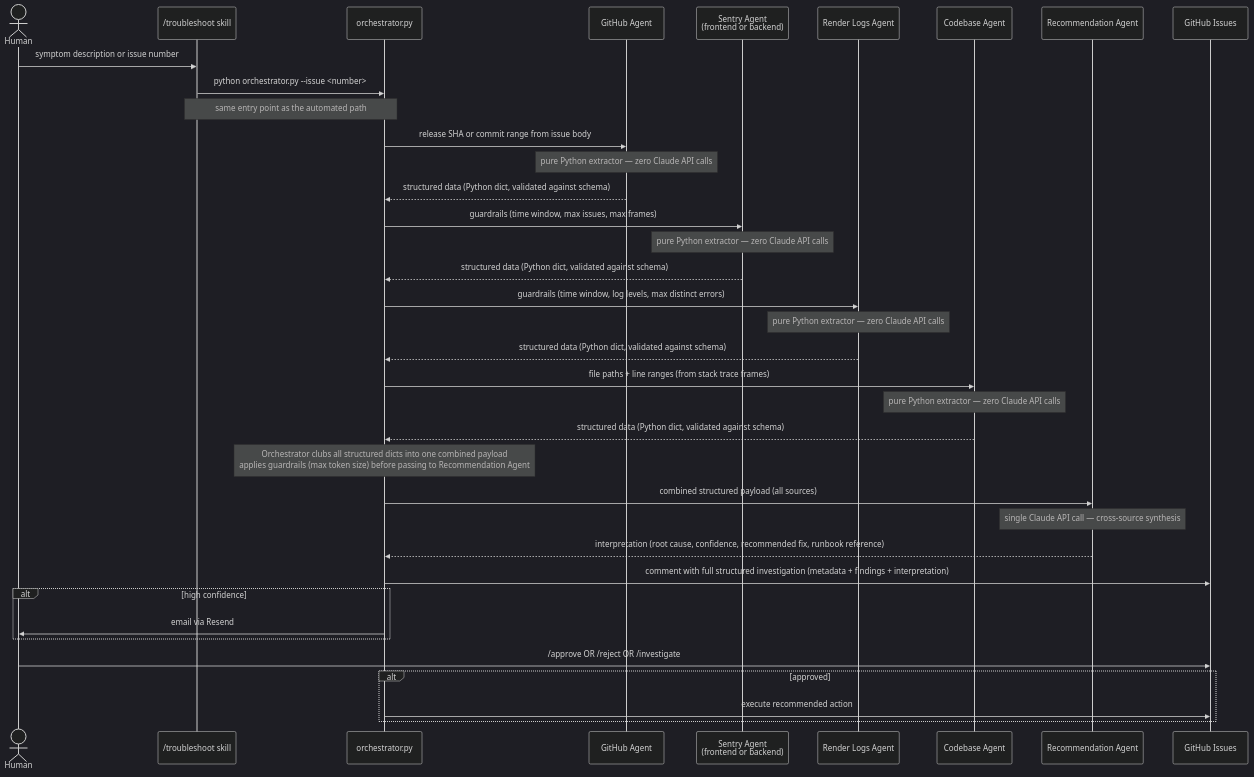
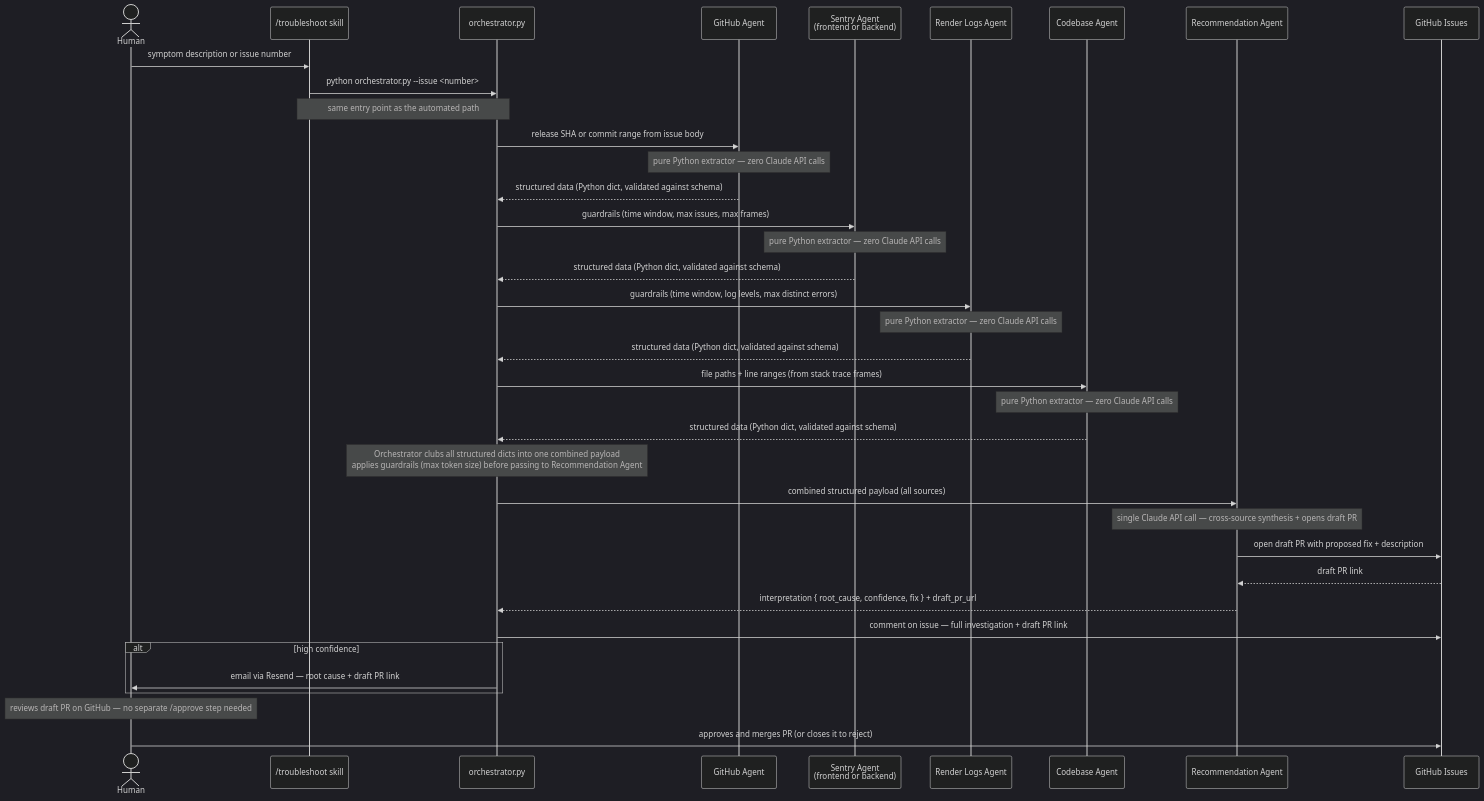
Before and after one commit to vikasparth/restaurant-main: the fourth of 4 diagrams in docs/engineering-practices/agent-architecture.md, drawn with Mermaid (dark theme). The commit also changed other lines of this file, not shown here.

First line of the commit message:
docs(agents): Recommendation Agent opens draft PR, Orchestrator notifies

````diff
--- a/docs/engineering-practices/agent-architecture.md
+++ b/docs/engineering-practices/agent-architecture.md
@@ -723,41 +728,41 @@
 ```mermaid
 sequenceDiagram
     actor Human as Human
     participant Skill as /troubleshoot skill
     participant Orch as orchestrator.py
     participant GHAgent as GitHub Agent
     participant SAgent as Sentry Agent<br/>(frontend or backend)
     participant Render as Render Logs Agent
     participant Code as Codebase Agent
     participant Rec as Recommendation Agent
     participant GH as GitHub Issues
 
     Human->>Skill: symptom description or issue number
     Skill->>Orch: python orchestrator.py --issue <number>
     Note over Skill,Orch: same entry point as the automated path
 
     Orch->>GHAgent: release SHA or commit range from issue body
     Note over GHAgent: pure Python extractor — zero Claude API calls
     GHAgent-->>Orch: structured data (Python dict, validated against schema)
     Orch->>SAgent: guardrails (time window, max issues, max frames)
     Note over SAgent: pure Python extractor — zero Claude API calls
     SAgent-->>Orch: structured data (Python dict, validated against schema)
     Orch->>Render: guardrails (time window, log levels, max distinct errors)
     Note over Render: pure Python extractor — zero Claude API calls
     Render-->>Orch: structured data (Python dict, validated against schema)
     Orch->>Code: file paths + line ranges (from stack trace frames)
     Note over Code: pure Python extractor — zero Claude API calls
     Code-->>Orch: structured data (Python dict, validated against schema)
     Note over Orch: Orchestrator clubs all structured dicts into one combined payload<br/>applies guardrails (max token size) before passing to Recommendation Agent
     Orch->>Rec: combined structured payload (all sources)
-    Note over Rec: single Claude API call — cross-source synthesis
-    Rec-->>Orch: interpretation (root cause, confidence, recommended fix, runbook reference)
-    Orch->>GH: comment with full structured investigation (metadata + findings + interpretation)
+    Note over Rec: single Claude API call — cross-source synthesis + opens draft PR
+    Rec->>GH: open draft PR with proposed fix + description
+    GH-->>Rec: draft PR link
+    Rec-->>Orch: interpretation { root_cause, confidence, fix } + draft_pr_url
+    Orch->>GH: comment on issue — full investigation + draft PR link
     alt high confidence
-        Orch->>Human: email via Resend
+        Orch->>Human: email via Resend — root cause + draft PR link
     end
-    Human->>GH: /approve OR /reject OR /investigate
-    alt approved
-        Orch->>GH: execute recommended action
-    end
+    Note over Human: reviews draft PR on GitHub — no separate /approve step needed
+    Human->>GH: approves and merges PR (or closes it to reject)
 ```
````
